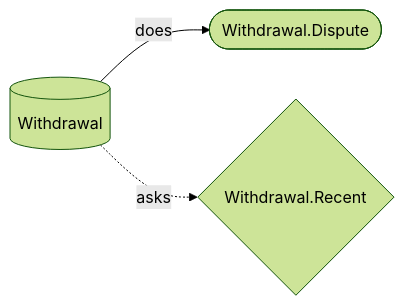
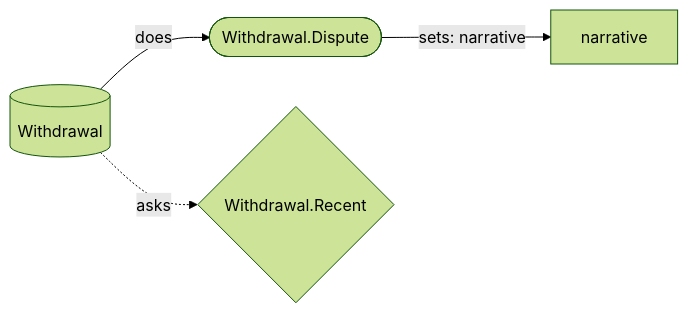
One commit to chrisyoung/hecks changed the diagram in docs/generated/diagrams/banking/Withdrawal_surface.mmd. Above: the diagram before and after it, drawn with Mermaid (forest theme). The commit also changed 16 other files, not shown here.

```diff
--- a/docs/generated/diagrams/banking/Withdrawal_surface.mmd
+++ b/docs/generated/diagrams/banking/Withdrawal_surface.mmd
@@ -1,5 +1,6 @@
-%% GENERATED by bin/project_diagrams from Withdrawal's own declared commands and queries — DO NOT EDIT BY HAND.
+%% GENERATED by bin/project_diagrams from Withdrawal's own declared commands (and what each writes) and queries — DO NOT EDIT BY HAND.
 %% Re-run `bin/project_diagrams <domain-path> Banking` after any change.
 flowchart LR
     Withdrawal[(Withdrawal)] -->|does| cmd_Withdrawal_Dispute(["Withdrawal.Dispute"])
+    cmd_Withdrawal_Dispute(["Withdrawal.Dispute"]) -->|"sets: narrative"| attr_Withdrawal_narrative[narrative]
     Withdrawal[(Withdrawal)] -.->|asks| qry_Withdrawal_Recent{"Withdrawal.Recent"}
```
